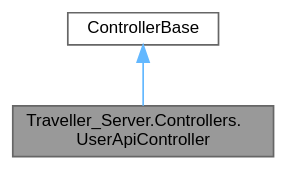
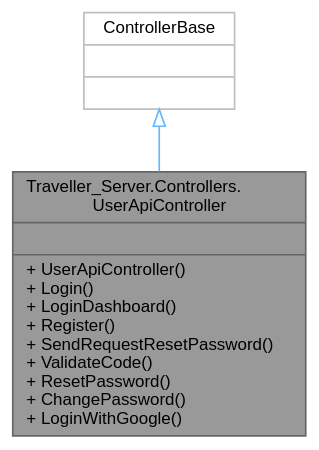
Before and after one commit to VenelinArgirov/manual-tecnico.github.io: the diagram in Servidor/class_traveller___server_1_1_controllers_1_1_user_api_controller__inherit__graph.dot, drawn with Graphviz. The commit also changed 813 other files, not shown here.

```diff
--- a/Servidor/class_traveller___server_1_1_controllers_1_1_user_api_controller__inherit__graph.dot
+++ b/Servidor/class_traveller___server_1_1_controllers_1_1_user_api_controller__inherit__graph.dot
@@ -1,10 +1,10 @@
 digraph "Traveller_Server.Controllers.UserApiController"
 {
  // LATEX_PDF_SIZE
   bgcolor="transparent";
   edge [fontname=Helvetica,fontsize=10,labelfontname=Helvetica,labelfontsize=10];
   node [fontname=Helvetica,fontsize=10,shape=box,height=0.2,width=0.4];
-  Node1 [label="Traveller_Server.Controllers.\lUserApiController",height=0.2,width=0.4,color="gray40", fillcolor="grey60", style="filled", fontcolor="black",tooltip=" "];
-  Node2 -> Node1 [dir="back",color="steelblue1",style="solid"];
-  Node2 [label="ControllerBase",height=0.2,width=0.4,color="gray40", fillcolor="white", style="filled",tooltip=" "];
+  Node1 [shape=record,label="{Traveller_Server.Controllers.\lUserApiController\n||+ UserApiController()\l+ Login()\l+ LoginDashboard()\l+ Register()\l+ SendRequestResetPassword()\l+ ValidateCode()\l+ ResetPassword()\l+ ChangePassword()\l+ LoginWithGoogle()\l}",height=0.2,width=0.4,color="gray40", fillcolor="grey60", style="filled", fontcolor="black",tooltip=" "];
+  Node2 -> Node1 [dir="back",color="steelblue1",style="solid",arrowtail="onormal"];
+  Node2 [shape=record,label="{ControllerBase\n||}",height=0.2,width=0.4,color="grey75", fillcolor="white", style="filled",tooltip=" "];
 }
```
